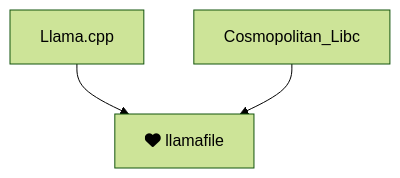
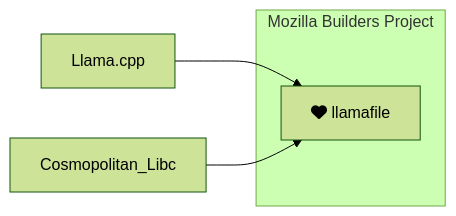
Before and after one commit to jeev20/jeev20.github.io: the diagram in _posts/2024-07-17-creatingacustomllamafile.md, drawn with Mermaid (forest theme). The commit also changed other lines of this file, not shown here.

Commit message:
minor edits and moved text to credits - 2024-07-19 03:06:52]

````diff
--- a/_posts/2024-07-17-creatingacustomllamafile.md
+++ b/_posts/2024-07-17-creatingacustomllamafile.md
@@ -28,8 +174,12 @@
 ```mermaid
 
-flowchart TD
+flowchart LR
+
+subgraph Mozilla Builders Project
+c
+end
 
 Llama.cpp --> c[fa:fa-heart llamafile]
 Cosmopolitan_Libc --> c[fa:fa-heart llamafile]
 
 ```
````
